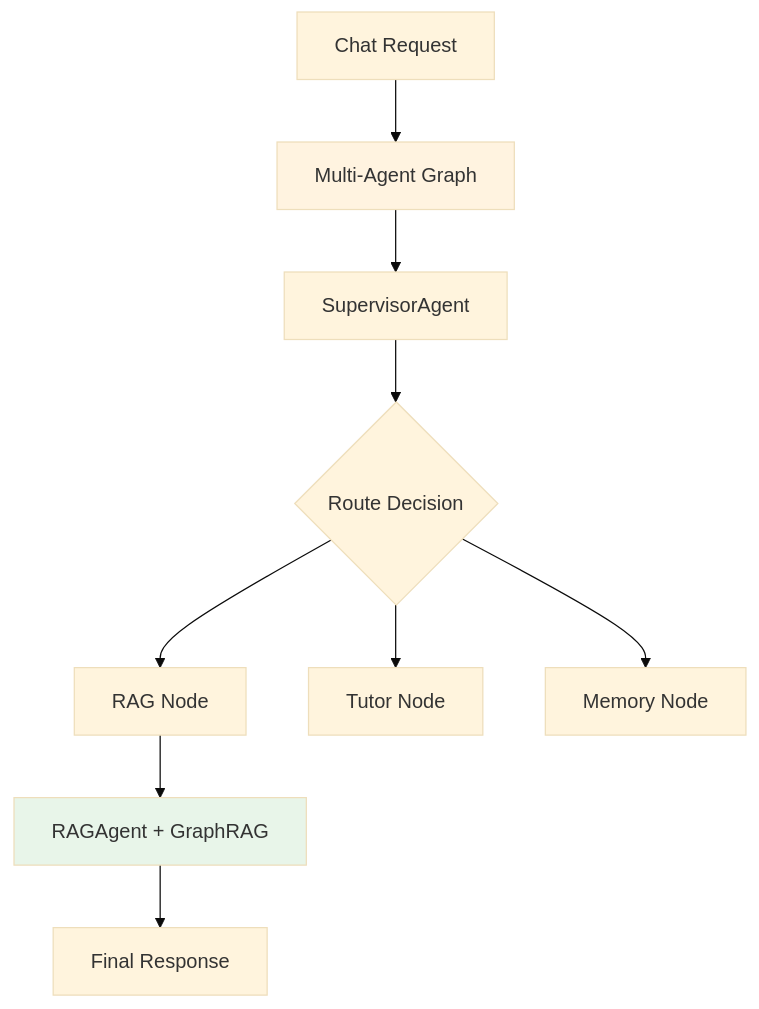
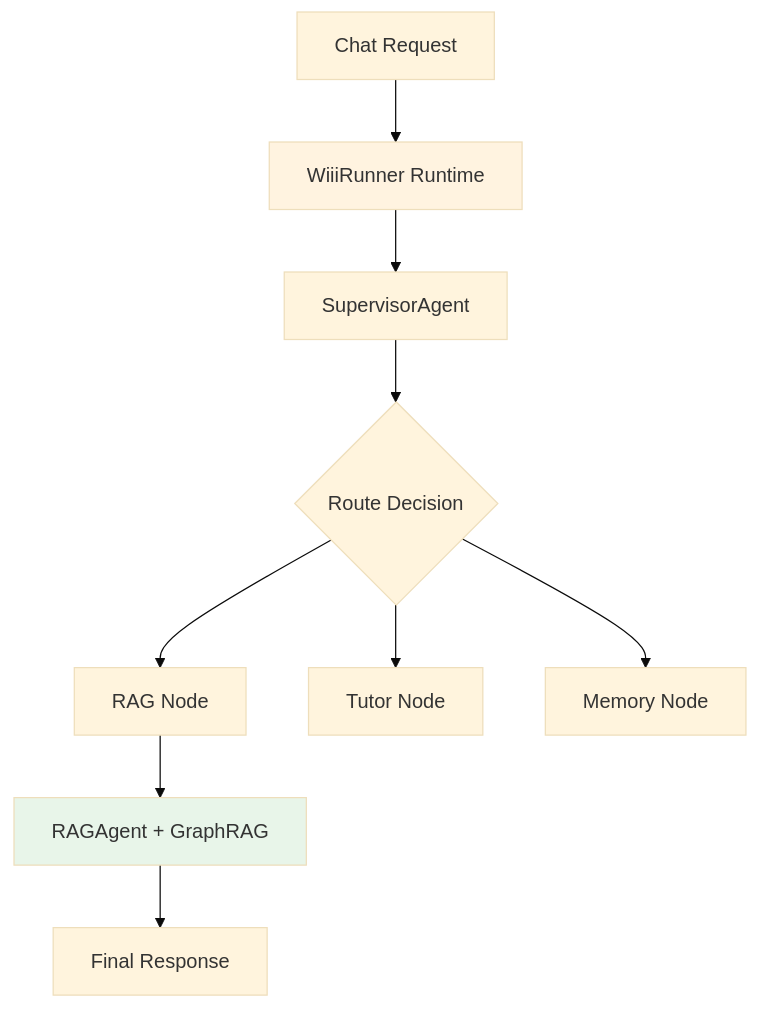
The diagram in maritime-ai-service/app/engine/README.md (meiiie/wiii), drawn with Mermaid (base theme) before and after one commit. The commit also changed other lines of this file and 17 other files, not shown here.

````diff
--- a/maritime-ai-service/app/engine/README.md
+++ b/maritime-ai-service/app/engine/README.md
@@ -59,16 +59,16 @@
 ```mermaid
 graph TD
-    Request[Chat Request] --> Multi[Multi-Agent Graph]
+    Request[Chat Request] --> Multi[WiiiRunner Runtime]
 
     Multi --> Supervisor[SupervisorAgent]
     Supervisor --> Route{Route Decision}
     Route --> RAGNode[RAG Node]
     Route --> TutorNode[Tutor Node]
     Route --> MemoryNode[Memory Node]
 
     RAGNode --> GraphRAG[RAGAgent + GraphRAG]
     GraphRAG --> Response[Final Response]
 
     style Multi fill:#fff3e0
     style GraphRAG fill:#e8f5e9
 ```
````
